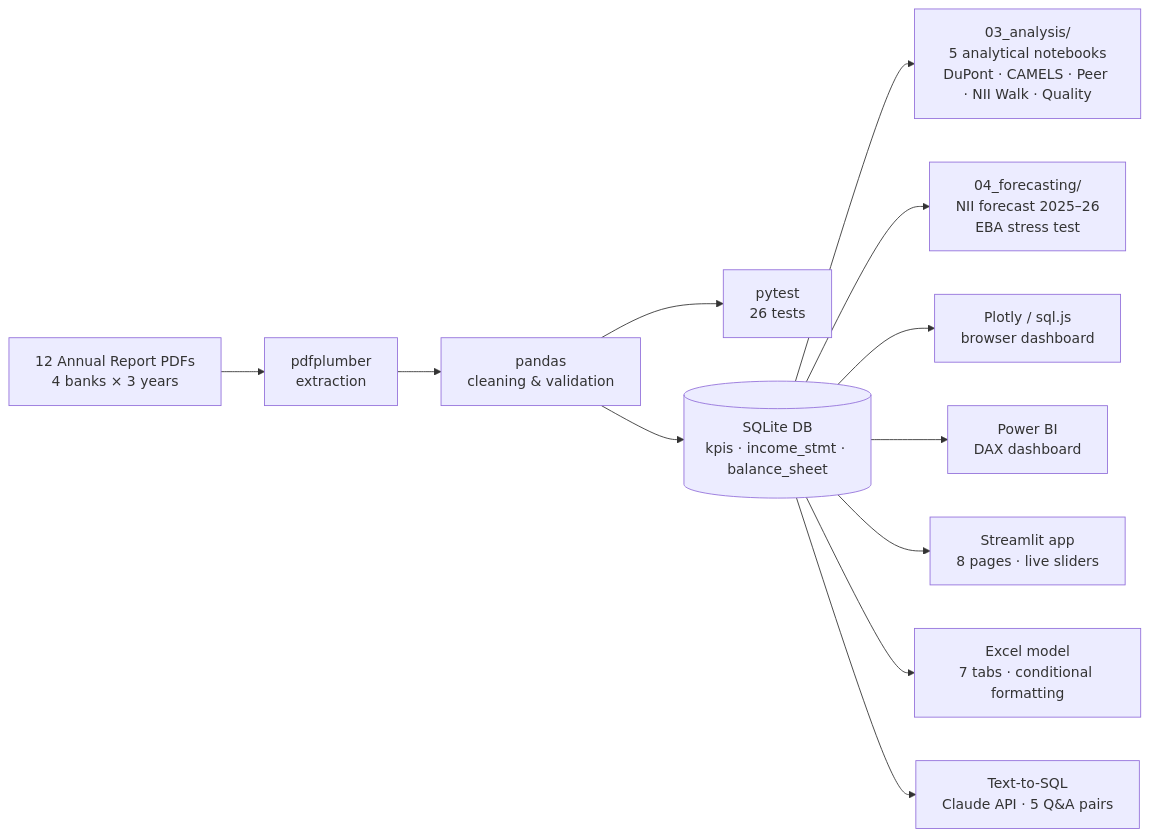
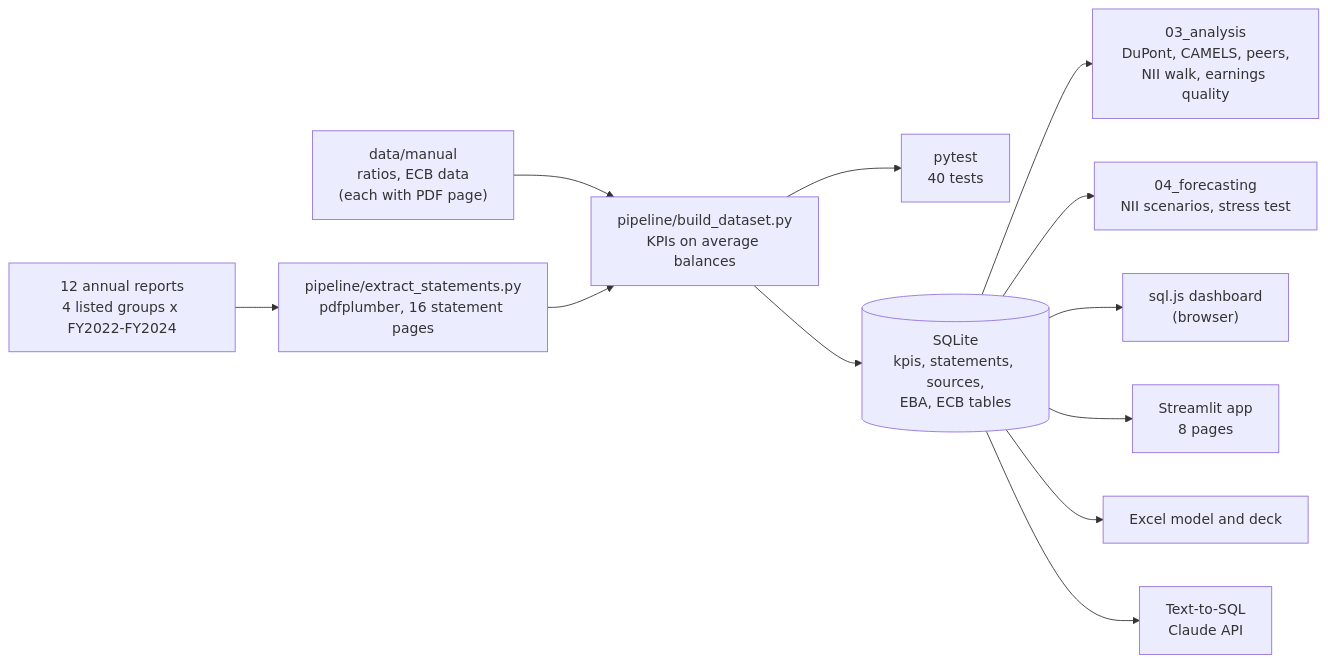
Before and after one commit to papastergiousp-maker/greek-banking-sector-analysis: the diagram in README.md, drawn with Mermaid. The commit also changed other lines of this file and 43 other files, not shown here.

First line of the commit message:
Rebuild the dataset from the listed groups' annual reports (work in progress)

````diff
--- a/README.md
+++ b/README.md
@@ -64,14 +65,14 @@
 ```mermaid
 flowchart LR
-    PDFs["12 Annual Report PDFs\n4 banks × 3 years"] --> extract["pdfplumber\nextraction"]
-    extract --> clean["pandas\ncleaning & validation"]
-    clean --> tests["pytest\n26 tests"]
-    clean --> SQLite[("SQLite DB\nkpis · income_stmt · balance_sheet")]
-    SQLite --> analysis["03_analysis/\n5 analytical notebooks\nDuPont · CAMELS · Peer · NII Walk · Quality"]
-    SQLite --> forecast["04_forecasting/\nNII forecast 2025–26\nEBA stress test"]
-    SQLite --> html["Plotly / sql.js\nbrowser dashboard"]
-    SQLite --> powerbi["Power BI\nDAX dashboard"]
-    SQLite --> streamlit["Streamlit app\n8 pages · live sliders"]
-    SQLite --> excel["Excel model\n7 tabs · conditional formatting"]
-    SQLite --> llm["Text-to-SQL\nClaude API · 5 Q&A pairs"]
+    PDFs["12 annual reports\n4 listed groups x FY2022-FY2024"] --> extract["pipeline/extract_statements.py\npdfplumber, 16 statement pages"]
+    manual["data/manual\nratios, ECB data\n(each with PDF page)"] --> build
+    extract --> build["pipeline/build_dataset.py\nKPIs on average balances"]
+    build --> tests["pytest\n40 tests"]
+    build --> SQLite[("SQLite\nkpis, statements, sources,\nEBA, ECB tables")]
+    SQLite --> analysis["03_analysis\nDuPont, CAMELS, peers,\nNII walk, earnings quality"]
+    SQLite --> forecast["04_forecasting\nNII scenarios, stress test"]
+    SQLite --> html["sql.js dashboard\n(browser)"]
+    SQLite --> streamlit["Streamlit app\n8 pages"]
+    SQLite --> excel["Excel model and deck"]
+    SQLite --> llm["Text-to-SQL\nClaude API"]
 ```
````
